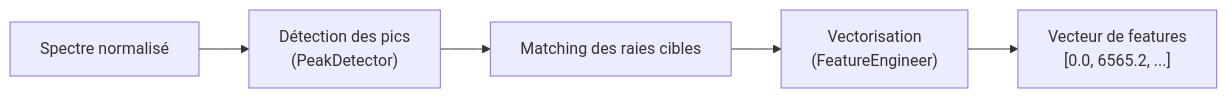
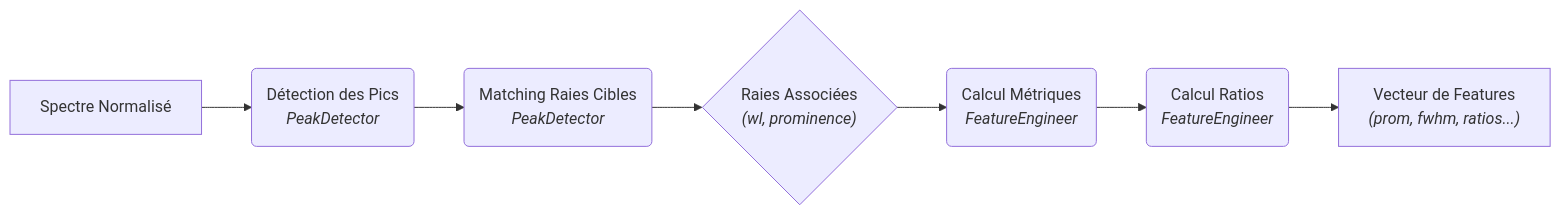
The diagram in website/docs/api/feature-engineer.mdx (PhD-Brown/AstroSpectro), drawn with Mermaid before and after one commit. The commit also changed other lines of this file and 33 other files, not shown here.

````diff
--- a/website/docs/api/feature-engineer.mdx
+++ b/website/docs/api/feature-engineer.mdx
@@ -22,7 +22,9 @@
 ```mermaid
-flowchart LR
-    SPECTRE["Spectre normalisé"] --> DETECT["Détection des pics<br>(PeakDetector)"]
-    DETECT --> MATCH["Matching des raies cibles"]
-    MATCH --> VECT["Vectorisation<br>(FeatureEngineer)"]
-    VECT --> FEATURES["Vecteur de features<br>[0.0, 6565.2, ...]"]
+graph LR
+    A["Spectre Normalisé"] --> B(Détection des Pics<br><i>PeakDetector</i>);
+    B --> C(Matching Raies Cibles<br><i>PeakDetector</i>);
+    C --> D{"Raies Associées<br><i>(wl, prominence)"</i>};
+    D --> E(Calcul Métriques<br><i>FeatureEngineer</i>);
+    E --> F("Calcul Ratios<br><i>FeatureEngineer"</i>);
+    F --> G["Vecteur de Features<br><i>(prom, fwhm, ratios...)"</i>];
 ```
````
